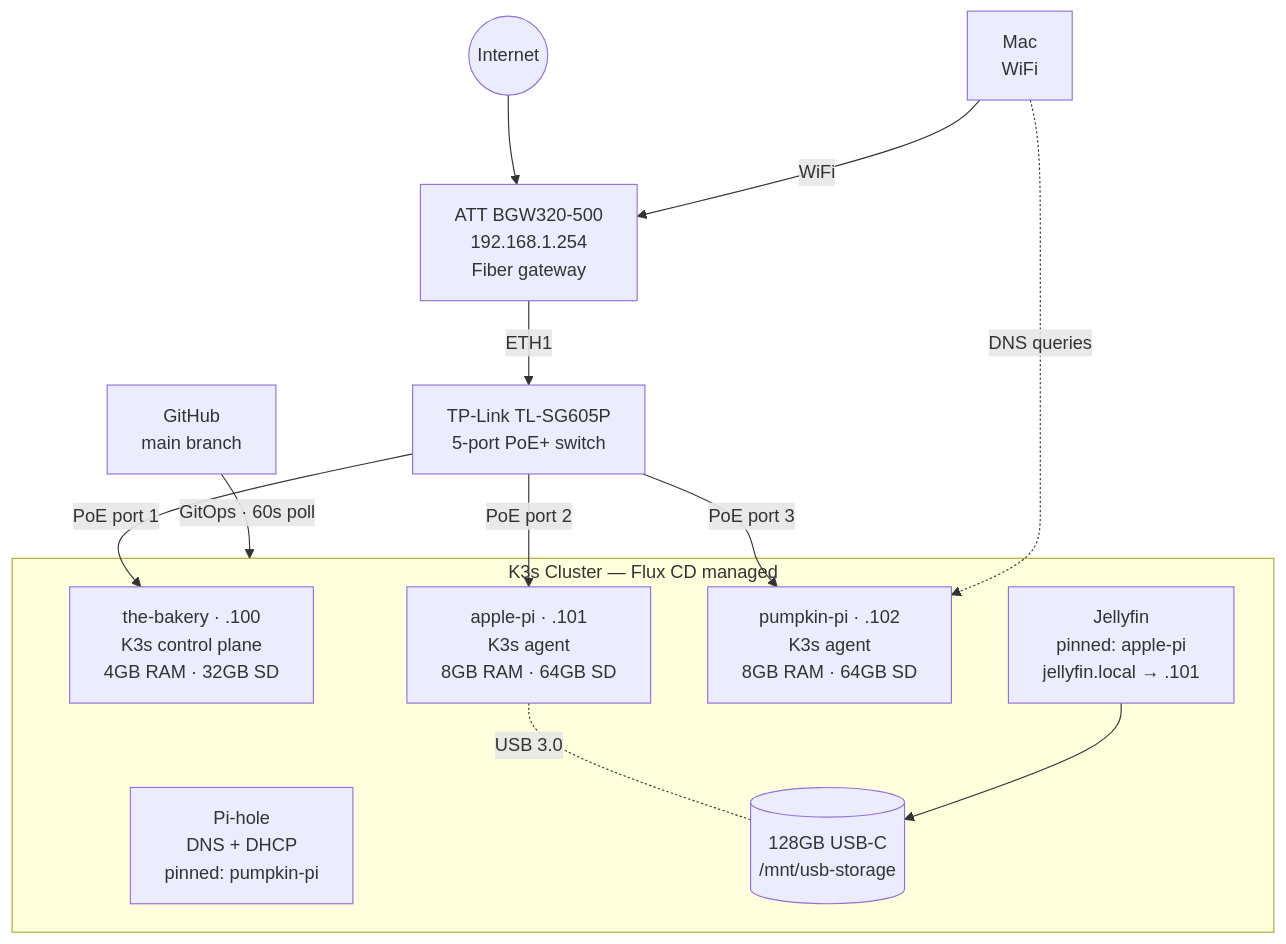
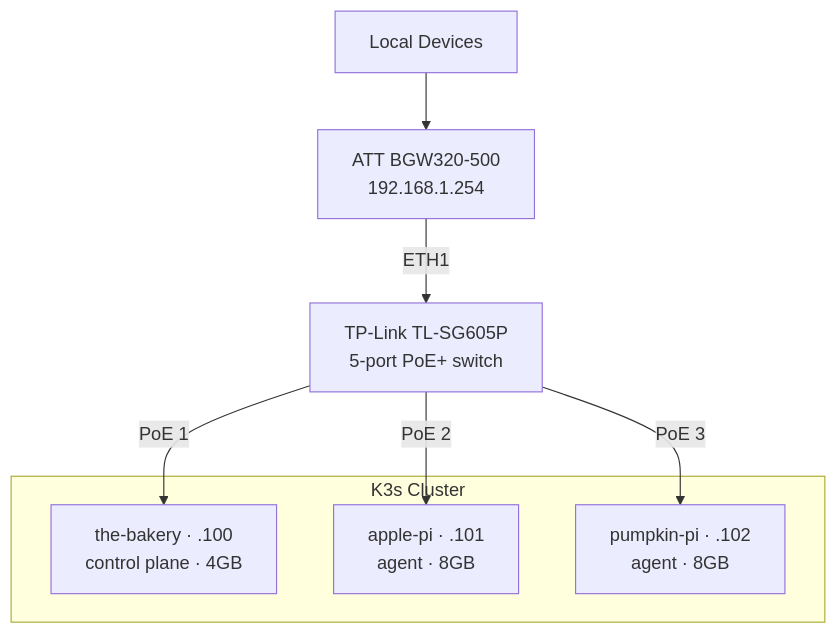
Before and after one commit to kdavis586/pi-k3s-homelab: the diagram in README.md, drawn with Mermaid. The commit also changed other lines of this file, not shown here.

Commit message:
docs: simplify mermaid to hardware topology, add services table
- Remove internet node, GitHub/Flux, and workload nodes from diagram
- Rename "Mac WiFi" to "Local Devices"
- Keep only hardware: gateway, switch, three Pi nodes
- Add Services table with node targets and URLs

````diff
--- a/README.md
+++ b/README.md
@@ -19,28 +19,18 @@
 ```mermaid
 graph TD
-    internet((Internet))
-    mac[Mac<br/>WiFi]
-    att[ATT BGW320-500<br/>192.168.1.254<br/>Fiber gateway]
+    devices[Local Devices]
+    att[ATT BGW320-500<br/>192.168.1.254]
     switch[TP-Link TL-SG605P<br/>5-port PoE+ switch]
-    github[GitHub<br/>main branch]
 
-    subgraph cluster[K3s Cluster — Flux CD managed]
-        bakery[the-bakery · .100<br/>K3s control plane<br/>4GB RAM · 32GB SD]
-        apple[apple-pi · .101<br/>K3s agent<br/>8GB RAM · 64GB SD]
-        pumpkin[pumpkin-pi · .102<br/>K3s agent<br/>8GB RAM · 64GB SD]
-        jellyfin[Jellyfin<br/>pinned: apple-pi<br/>jellyfin.local → .101]
-        pihole[Pi-hole<br/>DNS + DHCP<br/>pinned: pumpkin-pi]
-        usb[(128GB USB-C<br/>/mnt/usb-storage)]
+    subgraph cluster[K3s Cluster]
+        bakery[the-bakery · .100<br/>control plane · 4GB]
+        apple[apple-pi · .101<br/>agent · 8GB]
+        pumpkin[pumpkin-pi · .102<br/>agent · 8GB]
     end
 
-    internet --> att
-    mac -->|WiFi| att
+    devices --> att
     att -->|ETH1| switch
-    switch -->|PoE port 1| bakery
-    switch -->|PoE port 2| apple
-    switch -->|PoE port 3| pumpkin
-    apple -.-|USB 3.0| usb
-    jellyfin --> usb
-    mac -.->|DNS queries| pumpkin
-    github -->|GitOps · 60s poll| cluster
+    switch -->|PoE 1| bakery
+    switch -->|PoE 2| apple
+    switch -->|PoE 3| pumpkin
 ```
````
